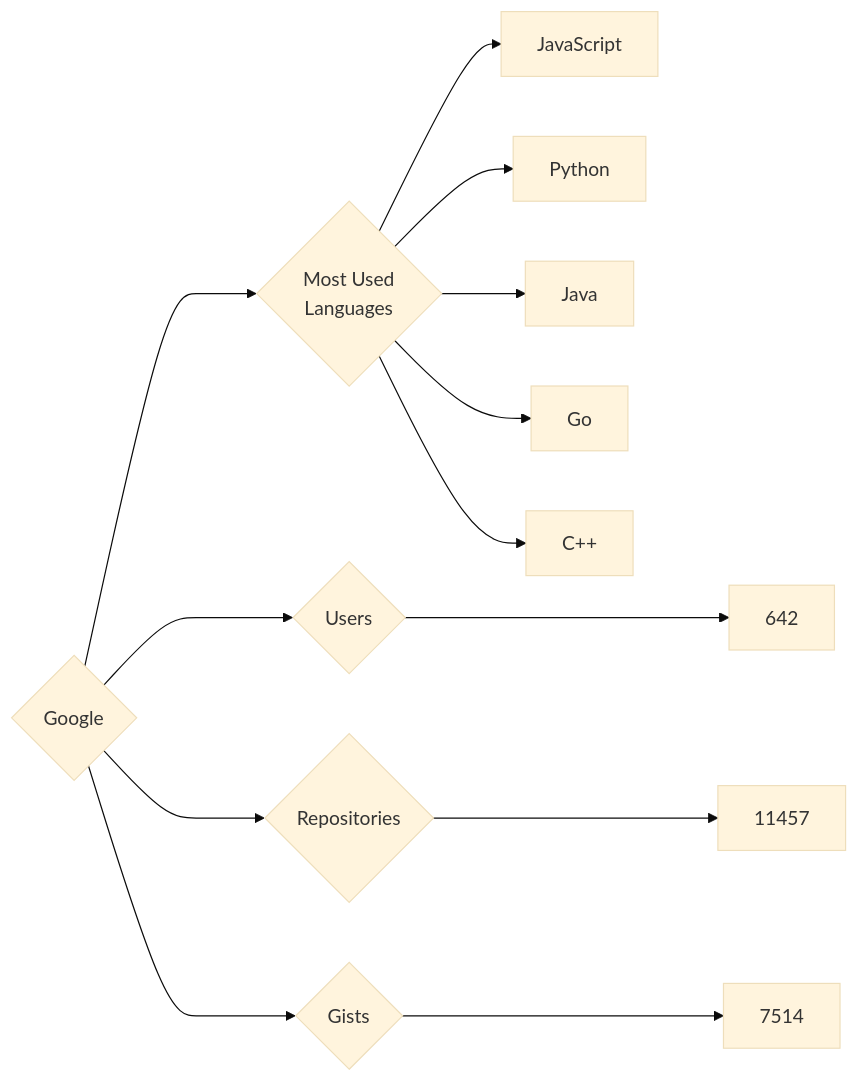
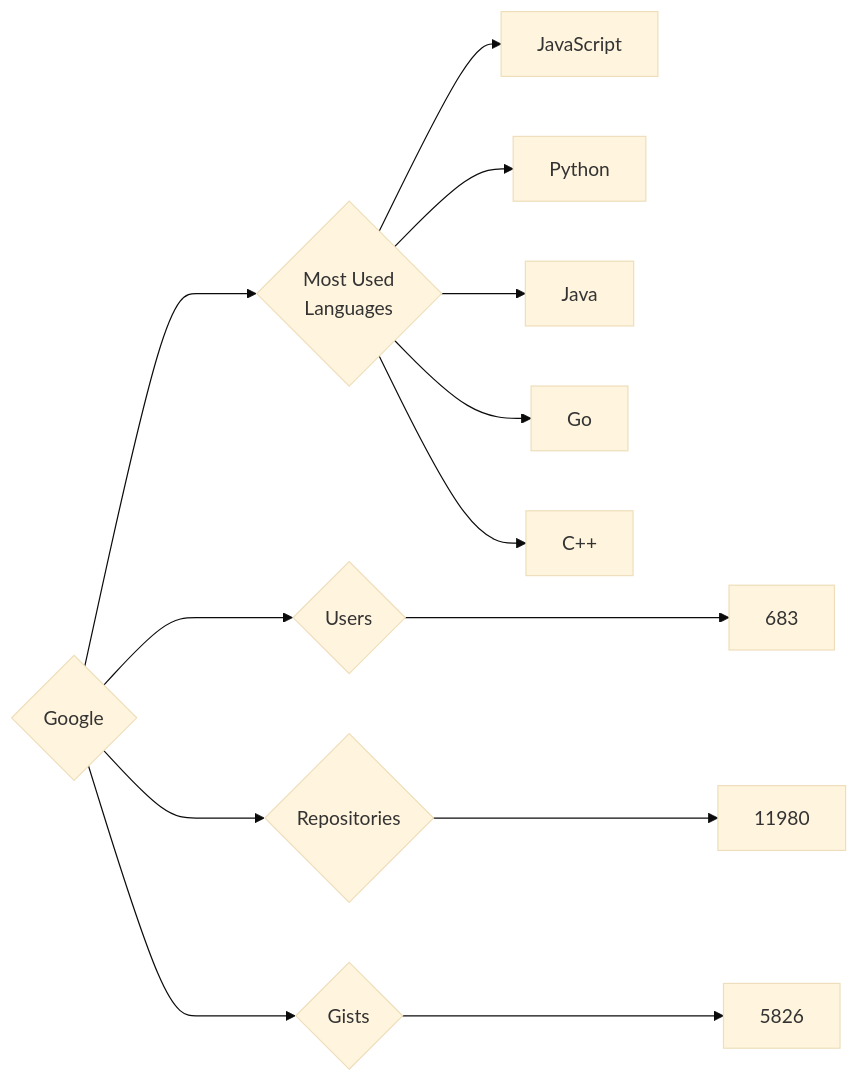
One commit to trickest/insiders changed the diagram in targets/Google/README.md. Above: the diagram before and after it, drawn with Mermaid (base theme). The commit also changed 714 other files, not shown here.

````diff
--- a/targets/Google/README.md
+++ b/targets/Google/README.md
@@ -3,13 +3,13 @@
 ```mermaid
 graph LR
 COMPANY_NAME{Google}
-COMPANY_NAME ---> U{Users} ---> UN[642]
-COMPANY_NAME ---> R{Repositories} ---> RN[11457]
-COMPANY_NAME ---> G{Gists} ---> GN[7514]
+COMPANY_NAME ---> U{Users} ---> UN[683]
+COMPANY_NAME ---> R{Repositories} ---> RN[11980]
+COMPANY_NAME ---> G{Gists} ---> GN[5826]
 COMPANY_NAME ---> ML{Most Used<br>Languages}
 ML --> JavaScript[JavaScript]
 ML --> Python[Python]
 ML --> Java[Java]
 ML --> Go[Go]
 ML --> C++[C++]
 ```
````
